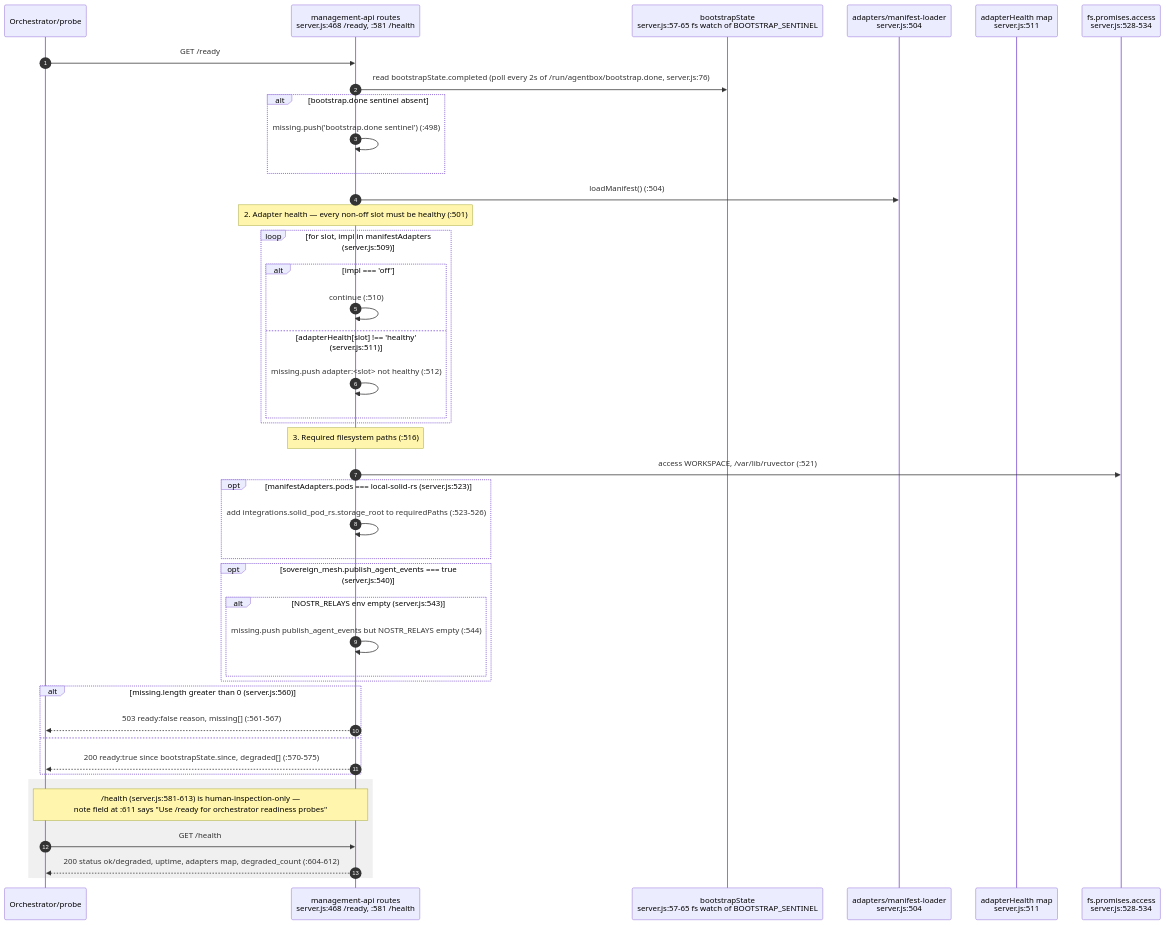
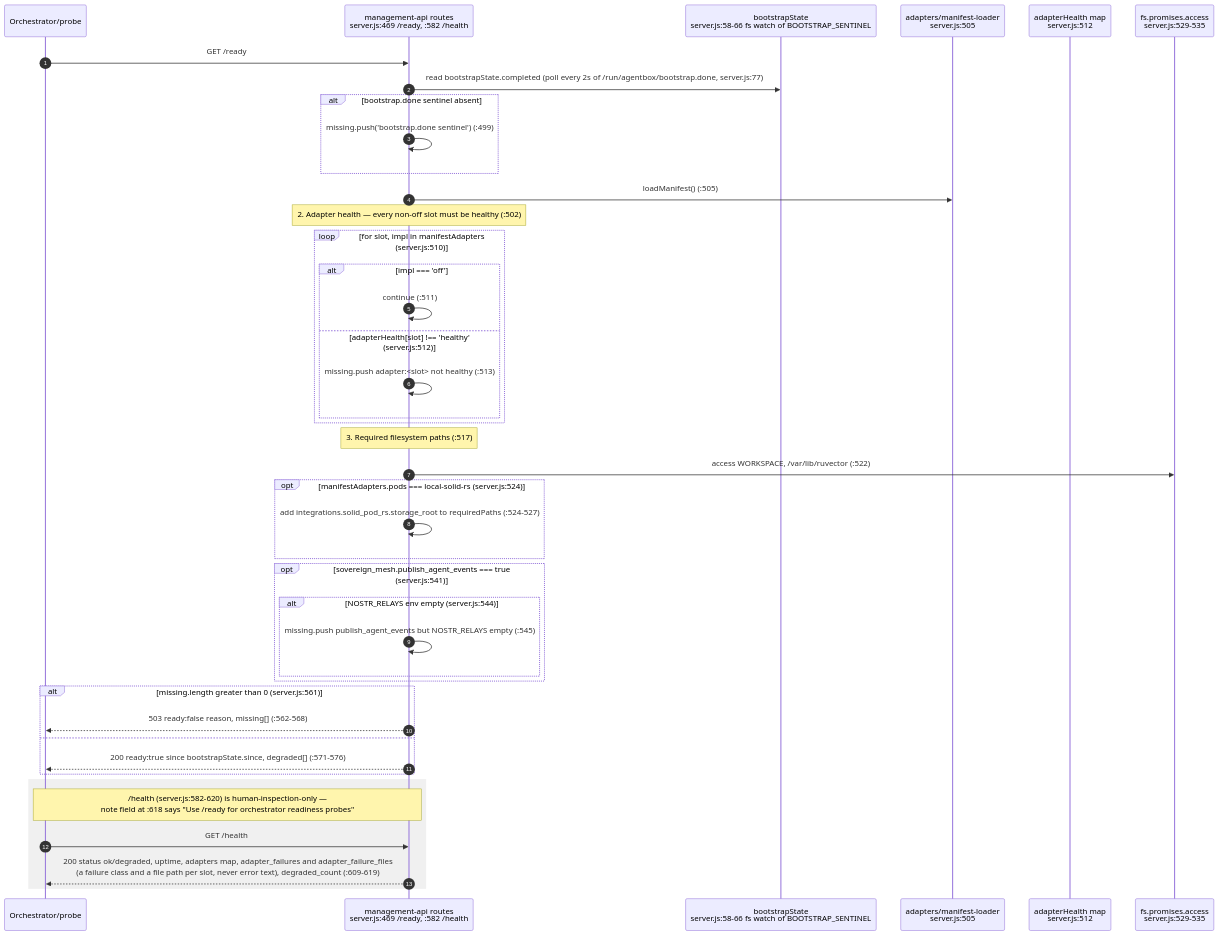
The eighth of 21 diagrams in docs/diagrams/agentbox/02-boot-sequence-and-readiness.md (DreamLab-AI/VisionFlow), drawn with Mermaid before and after one commit. The commit also changed other lines of this file and 173 other files, not shown here.

````diff
--- a/docs/diagrams/agentbox/02-boot-sequence-and-readiness.md
+++ b/docs/diagrams/agentbox/02-boot-sequence-and-readiness.md
@@ -395,46 +392,46 @@
 ```mermaid
 sequenceDiagram
     autonumber
     participant O as Orchestrator/probe
-    participant R as management-api routes<br/>server.js:468 /ready, :581 /health
-    participant BS as bootstrapState<br/>server.js:57-65 fs watch of BOOTSTRAP_SENTINEL
-    participant ML as adapters/manifest-loader<br/>server.js:504
-    participant AH as adapterHealth map<br/>server.js:511
-    participant FS as fs.promises.access<br/>server.js:528-534
+    participant R as management-api routes<br/>server.js:469 /ready, :582 /health
+    participant BS as bootstrapState<br/>server.js:58-66 fs watch of BOOTSTRAP_SENTINEL
+    participant ML as adapters/manifest-loader<br/>server.js:505
+    participant AH as adapterHealth map<br/>server.js:512
+    participant FS as fs.promises.access<br/>server.js:529-535
 
     O->>R: GET /ready
-    R->>BS: read bootstrapState.completed (poll every 2s of /run/agentbox/bootstrap.done, server.js:76)
+    R->>BS: read bootstrapState.completed (poll every 2s of /run/agentbox/bootstrap.done, server.js:77)
     alt bootstrap.done sentinel absent
-        R->>R: missing.push('bootstrap.done sentinel') (:498)
+        R->>R: missing.push('bootstrap.done sentinel') (:499)
     end
-    R->>ML: loadManifest() (:504)
-    Note over R: 2. Adapter health — every non-off slot must be healthy (:501)
-    loop for slot, impl in manifestAdapters (server.js:509)
+    R->>ML: loadManifest() (:505)
+    Note over R: 2. Adapter health — every non-off slot must be healthy (:502)
+    loop for slot, impl in manifestAdapters (server.js:510)
         alt impl === 'off'
-            R->>R: continue (:510)
-        else adapterHealth[slot] !== 'healthy' (server.js:511)
-            R->>R: missing.push adapter:<slot> not healthy (:512)
+            R->>R: continue (:511)
+        else adapterHealth[slot] !== 'healthy' (server.js:512)
+            R->>R: missing.push adapter:<slot> not healthy (:513)
         end
     end
-    Note over R: 3. Required filesystem paths (:516)
-    R->>FS: access WORKSPACE, /var/lib/ruvector (:521)
-    opt manifestAdapters.pods === local-solid-rs (server.js:523)
-        R->>R: add integrations.solid_pod_rs.storage_root to requiredPaths (:523-526)
+    Note over R: 3. Required filesystem paths (:517)
+    R->>FS: access WORKSPACE, /var/lib/ruvector (:522)
+    opt manifestAdapters.pods === local-solid-rs (server.js:524)
+        R->>R: add integrations.solid_pod_rs.storage_root to requiredPaths (:524-527)
     end
-    opt sovereign_mesh.publish_agent_events === true (server.js:540)
-        alt NOSTR_RELAYS env empty (server.js:543)
-            R->>R: missing.push publish_agent_events but NOSTR_RELAYS empty (:544)
+    opt sovereign_mesh.publish_agent_events === true (server.js:541)
+        alt NOSTR_RELAYS env empty (server.js:544)
+            R->>R: missing.push publish_agent_events but NOSTR_RELAYS empty (:545)
         end
     end
-    alt missing.length greater than 0 (server.js:560)
-        R-->>O: 503 ready:false reason, missing[] (:561-567)
+    alt missing.length greater than 0 (server.js:561)
+        R-->>O: 503 ready:false reason, missing[] (:562-568)
     else
-        R-->>O: 200 ready:true since bootstrapState.since, degraded[] (:570-575)
+        R-->>O: 200 ready:true since bootstrapState.since, degraded[] (:571-576)
     end
 
     rect rgb(240,240,240)
-    Note over O,R: /health (server.js:581-613) is human-inspection-only —<br/>note field at :611 says "Use /ready for orchestrator readiness probes"
+    Note over O,R: /health (server.js:582-620) is human-inspection-only —<br/>note field at :618 says "Use /ready for orchestrator readiness probes"
     O->>R: GET /health
-    R-->>O: 200 status ok/degraded, uptime, adapters map, degraded_count (:604-612)
+    R-->>O: 200 status ok/degraded, uptime, adapters map, adapter_failures and adapter_failure_files<br/>(a failure class and a file path per slot, never error text), degraded_count (:609-619)
     end
 ```
````
